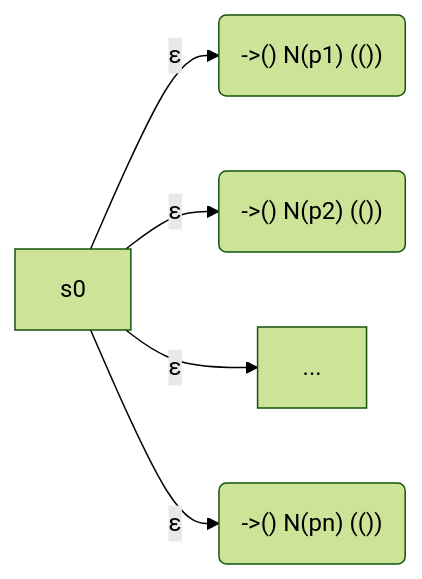
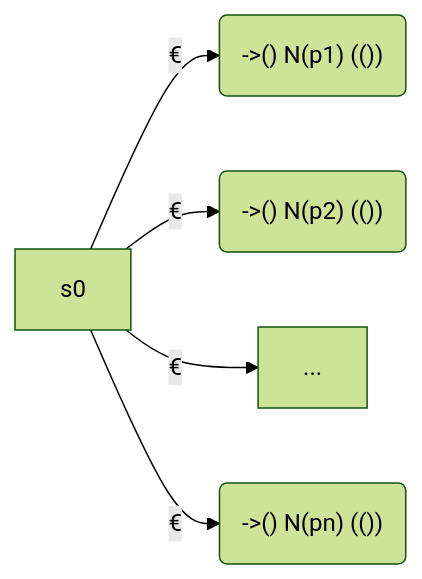
Diagram 14 of 16 in Compilers/Chapter 3 Lexical Analysis.md (xp44mm/Notebook), drawn with Mermaid (forest theme) before and after one commit. The commit also changed other lines of this file and 4 other files, not shown here.

````diff
--- a/Compilers/Chapter 3 Lexical Analysis.md
+++ b/Compilers/Chapter 3 Lexical Analysis.md
@@ -1044,7 +1044,7 @@
 ```mermaid
 graph LR
-s0--ε-->1("->() N(p1) (())")
-s0--ε-->2("->() N(p2) (())")
-s0--ε-->...
-s0--ε-->n("->() N(pn) (())")
+s0--€-->1("->() N(p1) (())")
+s0--€-->2("->() N(p2) (())")
+s0--€-->...
+s0--€-->n("->() N(pn) (())")
 ```
````
